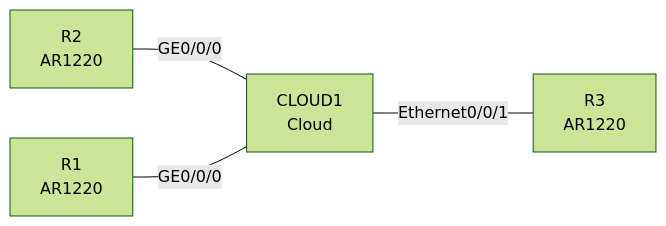
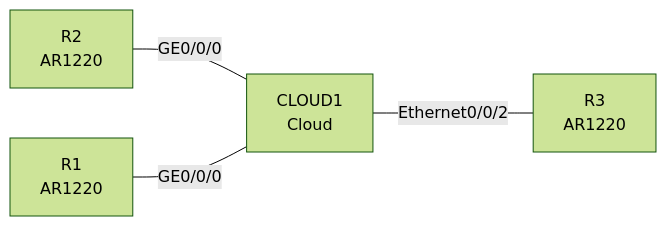
The diagram in examples/builtin-ospf/diagram.mmd (jiazaijiajia/ensp-topology-toolkit), drawn with Mermaid (forest theme) before and after one commit. The commit also changed 16 other files, not shown here.

````diff
--- a/examples/builtin-ospf/diagram.mmd
+++ b/examples/builtin-ospf/diagram.mmd
@@ -1,10 +1,10 @@
 ```mermaid
 graph LR
     D0["CLOUD1<br/>Cloud"]
     D1["R1<br/>AR1220"]
     D2["R2<br/>AR1220"]
     D3["R3<br/>AR1220"]
     D2 ---|GE0/0/0| D0
     D1 ---|GE0/0/0| D0
-    D0 ---|Ethernet0/0/1| D3
+    D0 ---|Ethernet0/0/2| D3
 ```
````
